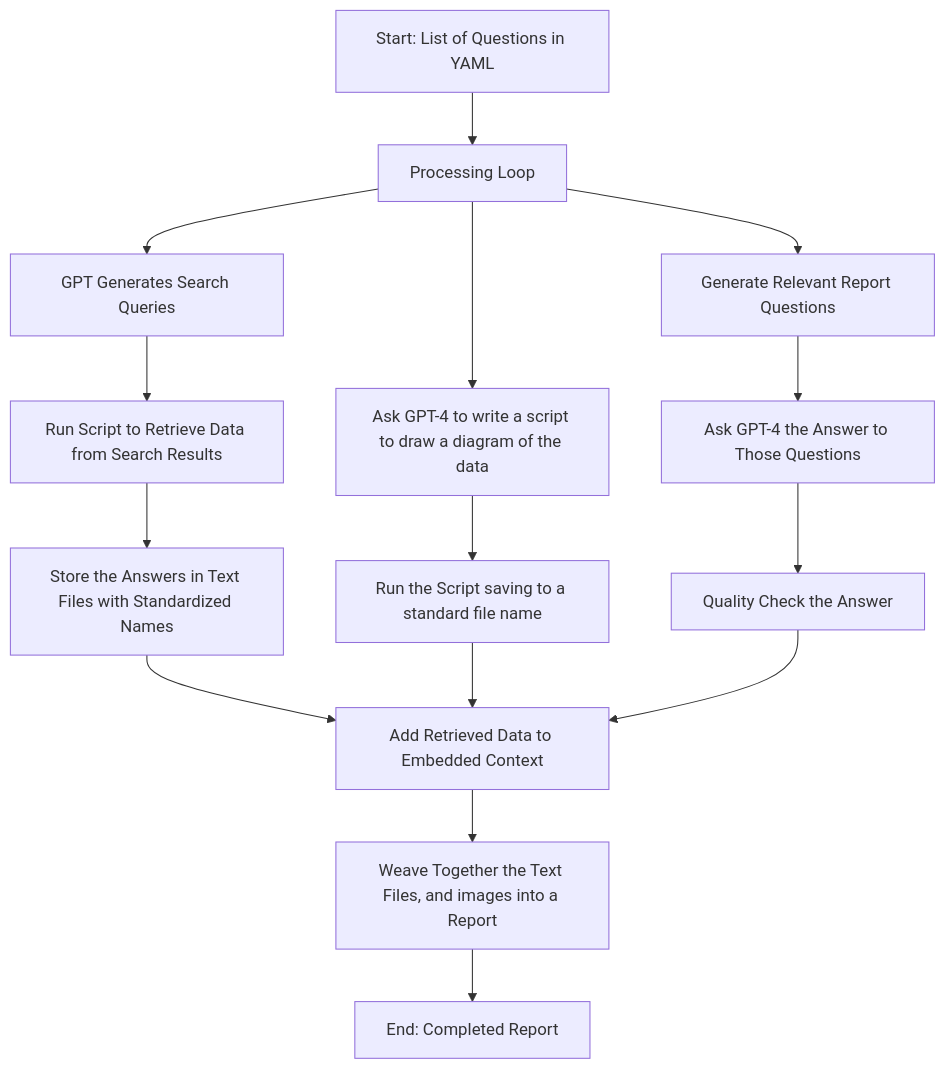
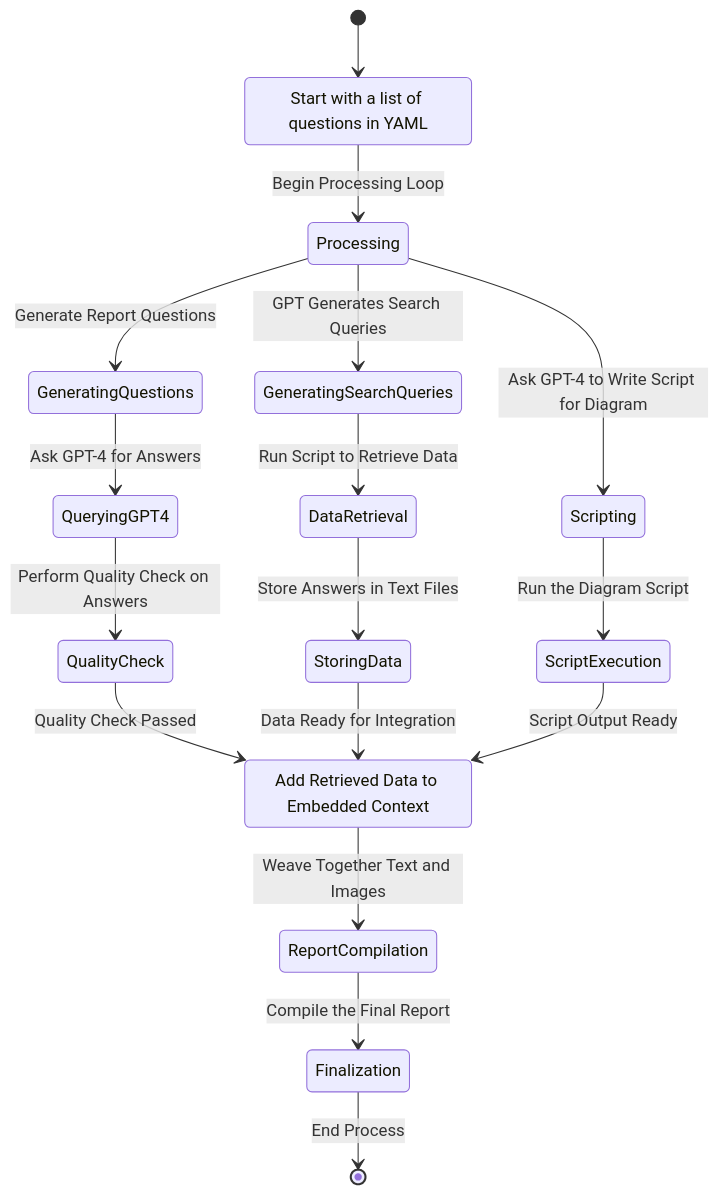
One commit to patchshorts/cgodwin.io changed the first of 2 diagrams in src/posts/bvr-project-architectual-revisions.md. Above: the diagram before and after it, drawn with Mermaid.

````diff
--- a/src/posts/bvr-project-architectual-revisions.md
+++ b/src/posts/bvr-project-architectual-revisions.md
@@ -24,17 +24,26 @@
 ```mermaid
-flowchart TD
-    A[Start: List of Questions in YAML] --> B[Processing Loop]
-    B --> C[Generate Relevant Report Questions]
-    C --> D[Ask GPT-4 the Answer to Those Questions]
-    D --> E[Quality Check the Answer]
-    B --> F[GPT Generates Search Queries]
-    F --> G[Run Script to Retrieve Data from Search Results]
-    G --> H[Store the Answers in Text Files with Standardized Names]
-    H --> I[Add Retrieved Data to Embedded Context]
-    I --> J[Weave Together the Text Files, and images into a Report]
-    J --> K[End: Completed Report]
-    B --> L[Ask GPT-4 to write a script to draw a diagram of the data]
-    L --> M[Run the Script saving to a standard file name]
-    M --> I
-    E --> I
+stateDiagram-v2
+    [*] --> Initialization
+    Initialization: Start with a list of questions in YAML
+    Initialization --> Processing: Begin Processing Loop
+    
+    Processing --> GeneratingQuestions: Generate Report Questions
+    GeneratingQuestions --> QueryingGPT4: Ask GPT-4 for Answers
+    QueryingGPT4 --> QualityCheck: Perform Quality Check on Answers
+    
+    Processing --> GeneratingSearchQueries: GPT Generates Search Queries
+    GeneratingSearchQueries --> DataRetrieval: Run Script to Retrieve Data
+    DataRetrieval --> StoringData: Store Answers in Text Files
+    
+    QualityCheck --> DataIntegration: Quality Check Passed
+    StoringData --> DataIntegration: Data Ready for Integration
+    DataIntegration: Add Retrieved Data to Embedded Context
+    DataIntegration --> ReportCompilation: Weave Together Text and Images
+    
+    Processing --> Scripting: Ask GPT-4 to Write Script for Diagram
+    Scripting --> ScriptExecution: Run the Diagram Script
+    ScriptExecution --> DataIntegration: Script Output Ready
+    
+    ReportCompilation --> Finalization: Compile the Final Report
+    Finalization --> [*]: End Process
 ```
````
